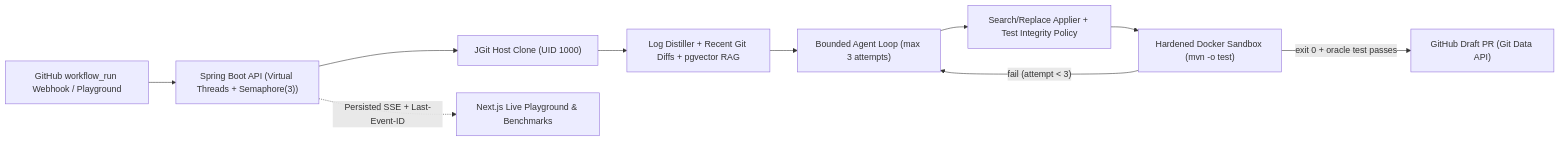
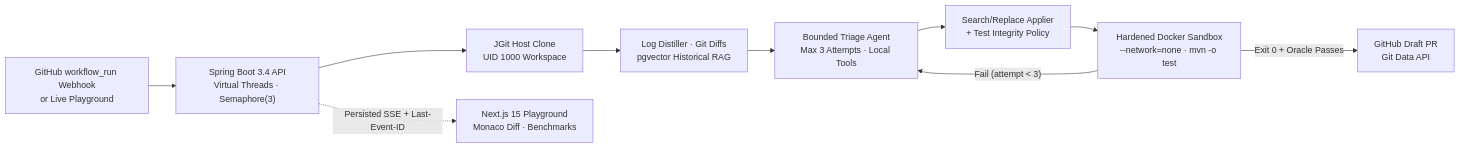
Before and after one commit to Bramhaaa/AutoHeal: the diagram in README.md, drawn with Mermaid. The commit also changed other lines of this file, not shown here.

Commit message:
docs(readme): polish visual layout with badges, architecture layers, API table, and collapsible guides

````diff
--- a/README.md
+++ b/README.md
@@ -9,12 +40,12 @@
 ```mermaid
 flowchart LR
-    A["GitHub workflow_run Webhook / Playground"] --> B["Spring Boot API (Virtual Threads + Semaphore(3))"]
-    B --> C["JGit Host Clone (UID 1000)"]
-    C --> D["Log Distiller + Recent Git Diffs + pgvector RAG"]
-    D --> E["Bounded Agent Loop (max 3 attempts)"]
-    E --> F["Search/Replace Applier + Test Integrity Policy"]
-    F --> G["Hardened Docker Sandbox (mvn -o test)"]
-    G -- "fail (attempt < 3)" --> E
-    G -- "exit 0 + oracle test passes" --> H["GitHub Draft PR (Git Data API)"]
-    B -. "Persisted SSE + Last-Event-ID" .-> UI["Next.js Live Playground & Benchmarks"]
+    Trigger["GitHub workflow_run Webhook<br/>or Live Playground"] --> API["Spring Boot 3.4 API<br/>Virtual Threads · Semaphore(3)"]
+    API --> Clone["JGit Host Clone<br/>UID 1000 Workspace"]
+    Clone --> Context["Log Distiller · Git Diffs<br/>pgvector Historical RAG"]
+    Context --> Agent["Bounded Triage Agent<br/>Max 3 Attempts · Local Tools"]
+    Agent --> Policy["Search/Replace Applier<br/>+ Test Integrity Policy"]
+    Policy --> Sandbox["Hardened Docker Sandbox<br/>--network=none · mvn -o test"]
+    Sandbox -- "Fail (attempt < 3)" --> Agent
+    Sandbox -- "Exit 0 + Oracle Passes" --> PR["GitHub Draft PR<br/>Git Data API"]
+    API -. "Persisted SSE + Last-Event-ID" .-> UI["Next.js 15 Playground<br/>Monaco Diff · Benchmarks"]
 ```
````
